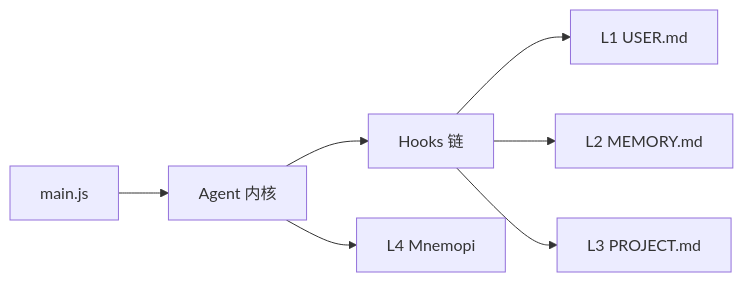
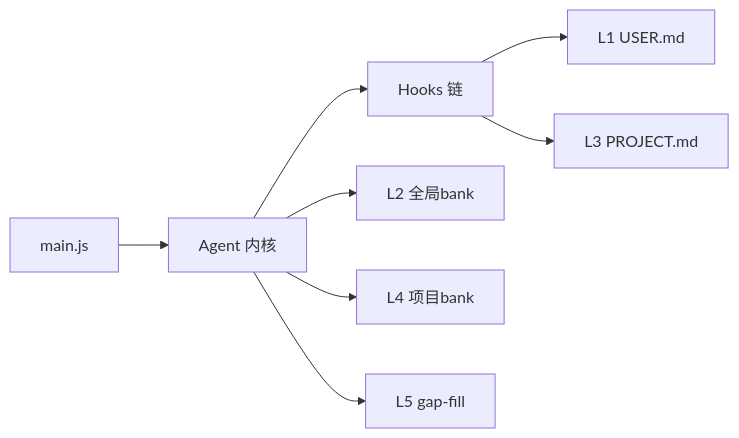
Before and after one commit to swond-Mao/Tiffa: the seventh of 7 diagrams in .qoder/repowiki/zh/content/记忆系统/四重记忆架构概览.md, drawn with Mermaid. The commit also changed other lines of this file and 73 other files, not shown here.

First line of the commit message:
feat: Tiffa 品牌图标 + Computer Use v2 + WebP 静默崩修复

````diff
--- a/.qoder/repowiki/zh/content/记忆系统/四重记忆架构概览.md
+++ b/.qoder/repowiki/zh/content/记忆系统/四重记忆架构概览.md
@@ -248,9 +282,10 @@
 ```mermaid
 graph LR
 Main["main.js"] --> Agent["Agent 内核"]
 Agent --> Hooks["Hooks 链"]
 Hooks --> L1["L1 USER.md"]
-Hooks --> L2["L2 MEMORY.md"]
 Hooks --> L3["L3 PROJECT.md"]
-Agent --> L4["L4 Mnemopi"]
+Agent --> L2["L2 全局bank"]
+Agent --> L4["L4 项目bank"]
+Agent --> L5["L5 gap-fill"]
 ```
````
